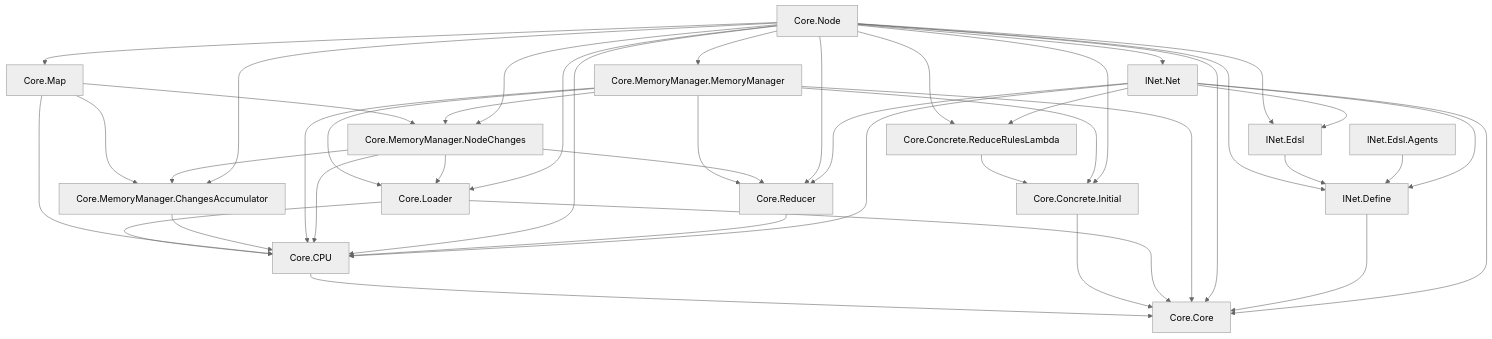
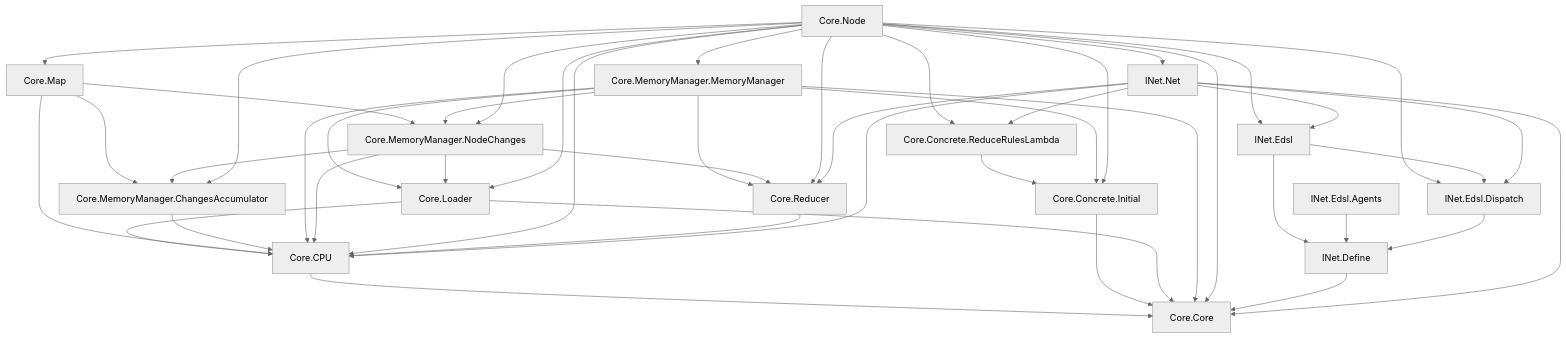
Before and after one commit to Lamagraph/interaction-nets-in-fpga: the diagram in lamagraph-core/docs/module-graph.generated.md, drawn with Mermaid (neutral theme). The commit also changed 12 other files, not shown here.

First line of the commit message:
feat(inet): generate rule dispatch and the INet instance

````diff
--- a/lamagraph-core/docs/module-graph.generated.md
+++ b/lamagraph-core/docs/module-graph.generated.md
@@ -3,45 +3,47 @@
 ```mermaid
 flowchart TD
     Core.Concrete.ReduceRulesLambda --> Core.Concrete.Initial
     Core.MemoryManager.MemoryManager --> Core.Concrete.Initial
     Core.Node --> Core.Concrete.Initial
     Core.Node --> Core.Concrete.ReduceRulesLambda
     INet.Net --> Core.Concrete.ReduceRulesLambda
     Core.CPU --> Core.Core
     Core.Concrete.Initial --> Core.Core
     Core.Loader --> Core.Core
     Core.MemoryManager.MemoryManager --> Core.Core
     Core.Node --> Core.Core
     INet.Define --> Core.Core
     INet.Net --> Core.Core
     Core.Loader --> Core.CPU
     Core.Map --> Core.CPU
     Core.MemoryManager.ChangesAccumulator --> Core.CPU
     Core.MemoryManager.MemoryManager --> Core.CPU
     Core.MemoryManager.NodeChanges --> Core.CPU
     Core.Node --> Core.CPU
     Core.Reducer --> Core.CPU
     INet.Net --> Core.CPU
     Core.MemoryManager.MemoryManager --> Core.Loader
     Core.MemoryManager.NodeChanges --> Core.Loader
     Core.Node --> Core.Loader
     Core.Node --> Core.Map
     Core.Map --> Core.MemoryManager.ChangesAccumulator
     Core.MemoryManager.NodeChanges --> Core.MemoryManager.ChangesAccumulator
     Core.Node --> Core.MemoryManager.ChangesAccumulator
     Core.Node --> Core.MemoryManager.MemoryManager
     Core.Map --> Core.MemoryManager.NodeChanges
     Core.MemoryManager.MemoryManager --> Core.MemoryManager.NodeChanges
     Core.Node --> Core.MemoryManager.NodeChanges
     Core.MemoryManager.MemoryManager --> Core.Reducer
     Core.MemoryManager.NodeChanges --> Core.Reducer
     Core.Node --> Core.Reducer
     INet.Net --> Core.Reducer
-    Core.Node --> INet.Define
     INet.Edsl --> INet.Define
     INet.Edsl.Agents --> INet.Define
-    INet.Net --> INet.Define
+    INet.Edsl.Dispatch --> INet.Define
+    Core.Node --> INet.Edsl.Dispatch
+    INet.Edsl --> INet.Edsl.Dispatch
+    INet.Net --> INet.Edsl.Dispatch
     Core.Node --> INet.Edsl
     INet.Net --> INet.Edsl
     Core.Node --> INet.Net
 ```
````
